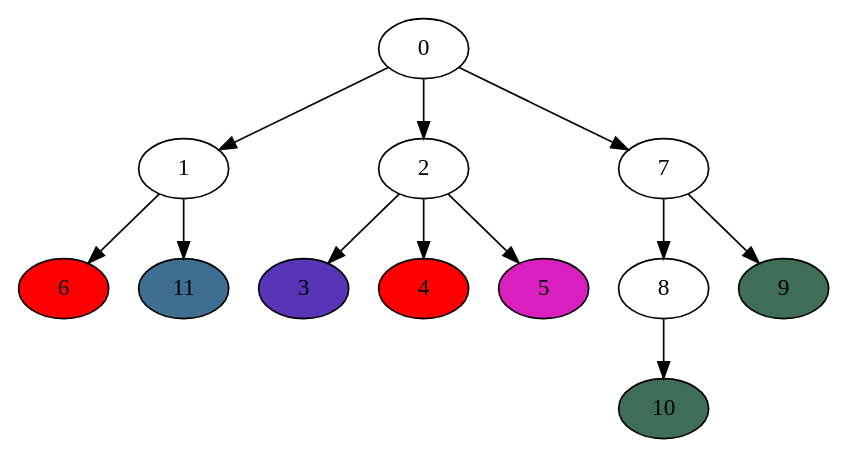
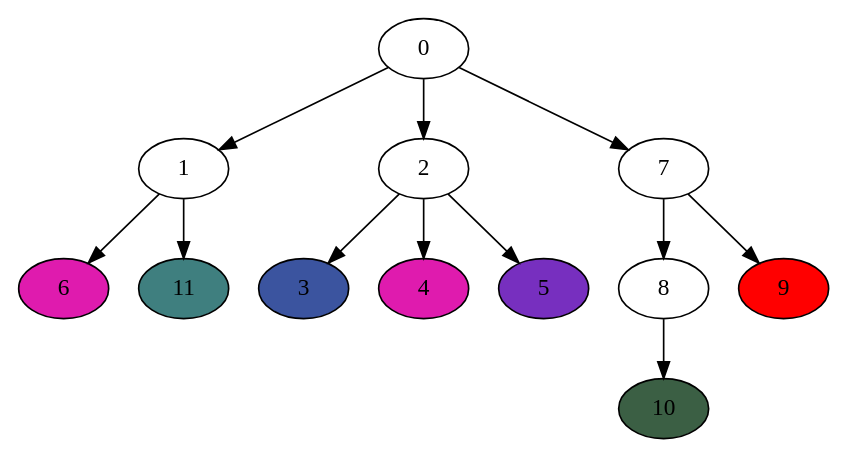
One commit to MenshovSergey/Fitch changed the diagram in start.dot. Above: the diagram before and after it, drawn with Graphviz. The commit also changed 9 other files, not shown here.

```diff
--- a/start.dot
+++ b/start.dot
@@ -1,20 +1,20 @@
 digraph start{
 0->1;
 1->6;
-6 [style=filled,fillcolor="1.0 1.0 1.0"]
+6 [style=filled,fillcolor="0.875 0.875 0.875"]
 1->11;
-11 [style=filled,fillcolor="0.5714285714285714 0.5714285714285714 0.5714285714285714"]
+11 [style=filled,fillcolor="0.5 0.5 0.5"]
 0->2;
 2->3;
-3 [style=filled,fillcolor="0.7142857142857143 0.7142857142857143 0.7142857142857143"]
+3 [style=filled,fillcolor="0.625 0.625 0.625"]
 2->4;
-4 [style=filled,fillcolor="1.0 1.0 1.0"]
+4 [style=filled,fillcolor="0.875 0.875 0.875"]
 2->5;
-5 [style=filled,fillcolor="0.8571428571428571 0.8571428571428571 0.8571428571428571"]
+5 [style=filled,fillcolor="0.75 0.75 0.75"]
 0->7;
 7->8;
 8->10;
-10 [style=filled,fillcolor="0.42857142857142855 0.42857142857142855 0.42857142857142855"]
+10 [style=filled,fillcolor="0.375 0.375 0.375"]
 7->9;
-9 [style=filled,fillcolor="0.42857142857142855 0.42857142857142855 0.42857142857142855"]
+9 [style=filled,fillcolor="1.0 1.0 1.0"]
 }
```
